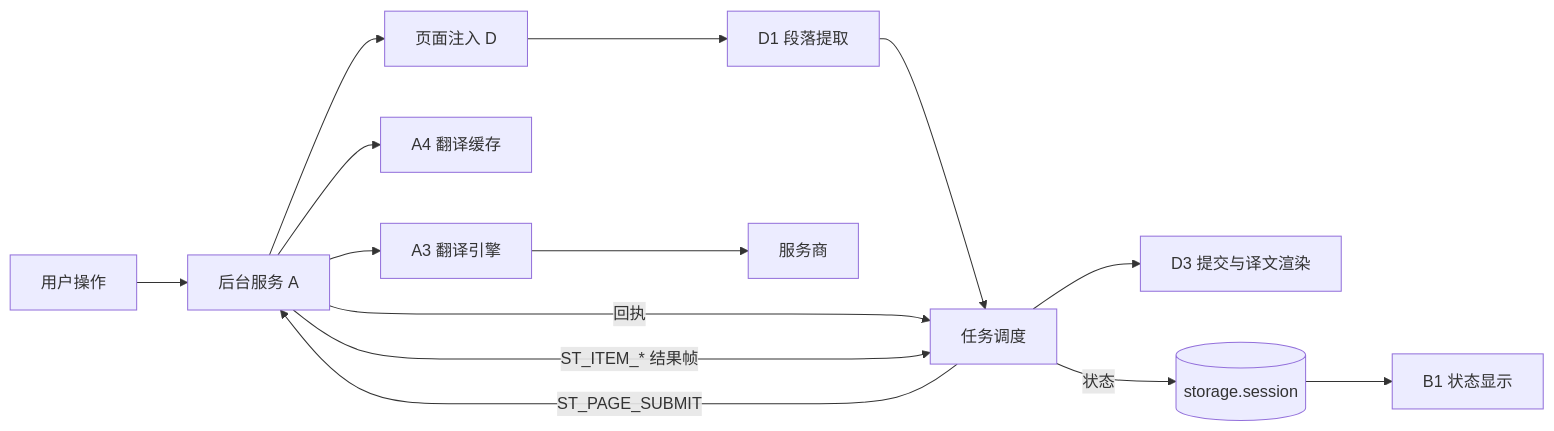
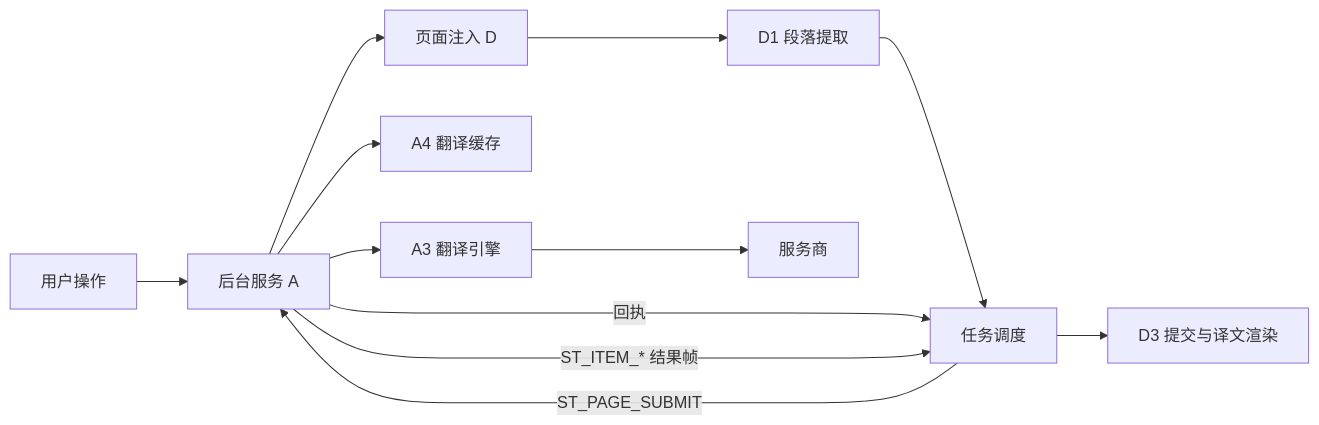
The second of 5 diagrams in docs/项目架构.md (xiaochen0517/simpletrans), drawn with Mermaid before and after one commit. The commit also changed other lines of this file and 54 other files, not shown here.

````diff
--- a/docs/项目架构.md
+++ b/docs/项目架构.md
@@ -680,16 +655,14 @@
 ```mermaid
 flowchart LR
   U[用户操作] --> BG[后台服务 A]
   BG --> CS[页面注入 D]
   CS --> SC[D1 段落提取]
   SC --> TS[任务调度]
   TS -- ST_PAGE_SUBMIT --> BG
   BG -- 回执 --> TS
   BG -- ST_ITEM_* 结果帧 --> TS
   TS --> RD[D3 提交与译文渲染]
-  TS -- 状态 --> SS[(storage.session)]
-  SS --> POP[B1 状态显示]
   BG --> CA[A4 翻译缓存]
   BG --> EN[A3 翻译引擎]
   EN --> PV[服务商]
 ```
````
